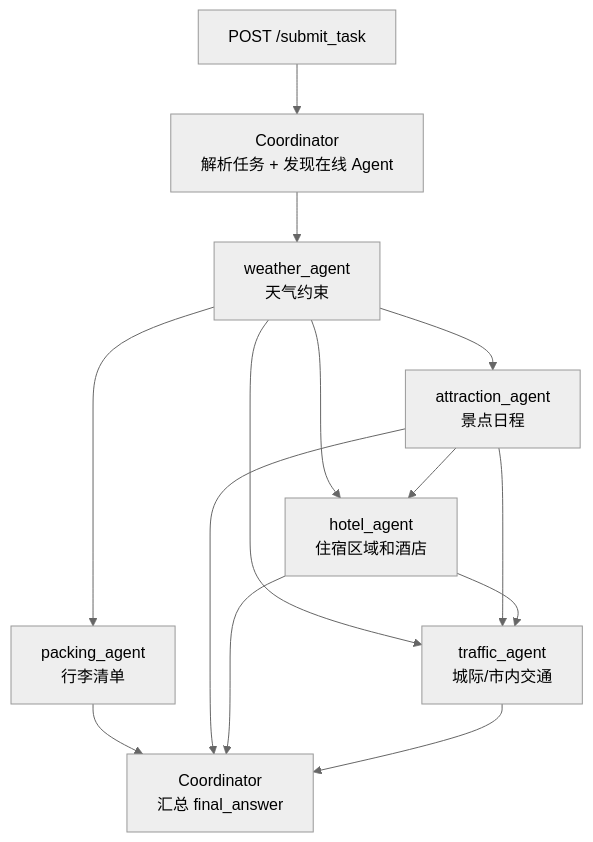
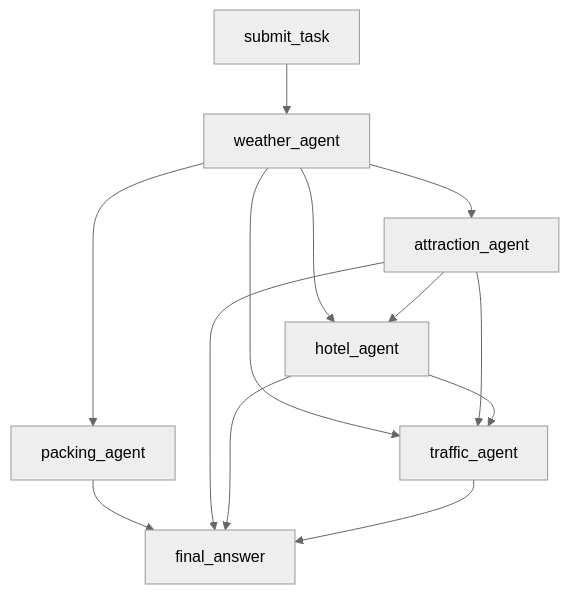
The diagram in docs/system_design.md (fyf-spec/Agent-collaboration-network-on-A2A-MCP), drawn with Mermaid (neutral theme) before and after one commit. The commit also changed other lines of this file and 34 other files, not shown here.

````diff
--- a/docs/system_design.md
+++ b/docs/system_design.md
@@ -217,25 +361,23 @@
 ```mermaid
 flowchart TD
-    submit[POST /submit_task]
-    parse[Coordinator<br/>解析任务 + 发现在线 Agent]
-    weather[weather_agent<br/>天气约束]
-    packing[packing_agent<br/>行李清单]
-    attraction[attraction_agent<br/>景点日程]
-    hotel[hotel_agent<br/>住宿区域和酒店]
-    traffic[traffic_agent<br/>城际/市内交通]
-    final[Coordinator<br/>汇总 final_answer]
+    submit[submit_task]
+    weather[weather_agent]
+    packing[packing_agent]
+    attraction[attraction_agent]
+    hotel[hotel_agent]
+    traffic[traffic_agent]
+    final[final_answer]
 
-    submit --> parse
-    parse --> weather
+    submit --> weather
     weather --> packing
     weather --> attraction
     weather --> hotel
     attraction --> hotel
     weather --> traffic
     attraction --> traffic
     hotel --> traffic
     packing --> final
     attraction --> final
     hotel --> final
     traffic --> final
 ```
````
